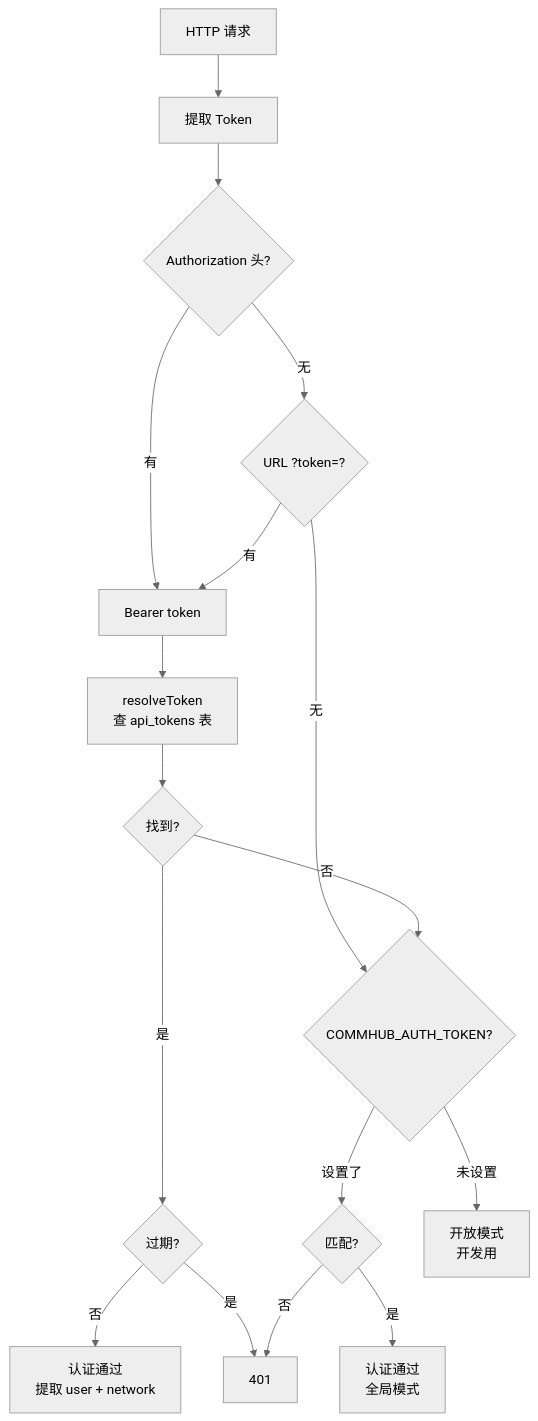
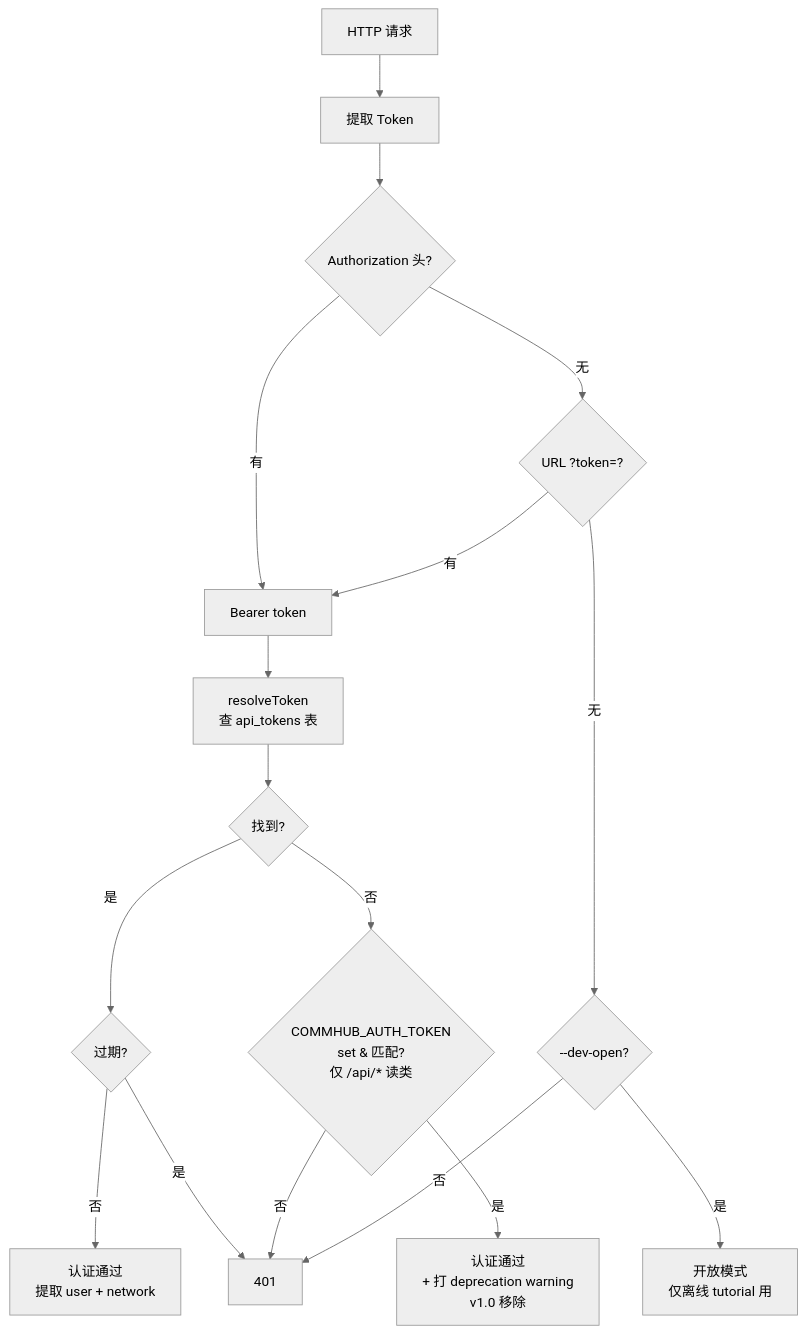
One commit to sleep2agi/agent-network changed the second of 2 diagrams in docs-site/docs/concepts/security.md. Above: the diagram before and after it, drawn with Mermaid (neutral theme). The commit also changed other lines of this file and 1 other file, not shown here.

Commit message:
docs(loop round 2): security 中英 mermaid 重画为 v0.8 真实流程 — DEVOPEN 分支替代 v0.5 'unset COMMHUB_AUTH_TOKEN → auto open mode' 老路径；LEGACY 分支标注 'reads only + deprecation warning + v1.0 移除'；密码强度从'最少 6 位' → '≥8+弱密码字典；bootstrap admin 例外 ≥4'；Argon2id 计划标 v0.9+

````diff
--- a/docs-site/docs/concepts/security.md
+++ b/docs-site/docs/concepts/security.md
@@ -72,21 +72,22 @@
 ```mermaid
 flowchart TD
     REQ[HTTP 请求] --> EXTRACT[提取 Token]
     EXTRACT --> HDR{Authorization 头?}
     HDR -->|有| TOKEN[Bearer token]
     HDR -->|无| QS{URL ?token=?}
     QS -->|有| TOKEN
-    QS -->|无| LEGACY{COMMHUB_AUTH_TOKEN?}
+    QS -->|无| DEVOPEN{--dev-open?}
 
     TOKEN --> RESOLVE[resolveToken<br/>查 api_tokens 表]
     RESOLVE --> FOUND{找到?}
     FOUND -->|是| CHECK_EXPIRE{过期?}
     CHECK_EXPIRE -->|否| OK[认证通过<br/>提取 user + network]
     CHECK_EXPIRE -->|是| DENY[401]
-    FOUND -->|否| LEGACY
+    FOUND -->|否| LEGACY{COMMHUB_AUTH_TOKEN<br/>set & 匹配?<br/>仅 /api/* 读类}
 
-    LEGACY -->|设置了| MATCH{匹配?}
-    MATCH -->|是| OK_LEGACY[认证通过<br/>全局模式]
-    MATCH -->|否| DENY
-    LEGACY -->|未设置| OK_OPEN[开放模式<br/>开发用]
+    LEGACY -->|是| OK_LEGACY[认证通过<br/>+ 打 deprecation warning<br/>v1.0 移除]
+    LEGACY -->|否| DENY
+
+    DEVOPEN -->|是| OK_OPEN[开放模式<br/>仅离线 tutorial 用]
+    DEVOPEN -->|否| DENY
 ```
````
